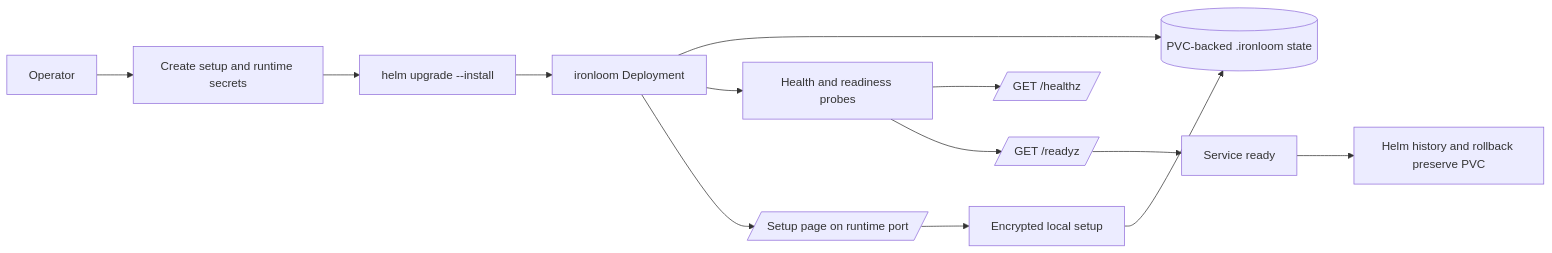
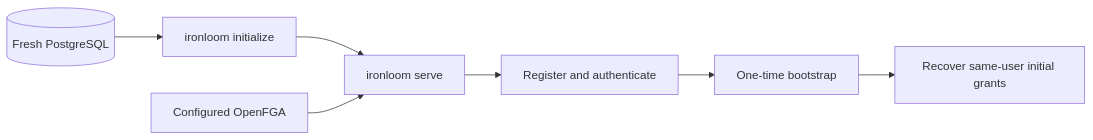
One commit to VannaDii/ironloom changed the diagram in site/guide-docs/guides/deployment.md. Above: the diagram before and after it, drawn with Mermaid. The commit also changed other lines of this file and 13 other files, not shown here.

Commit message:
fix: serialize bootstrap grants and wire service connections

````diff
--- a/site/guide-docs/guides/deployment.md
+++ b/site/guide-docs/guides/deployment.md
@@ -9,15 +7,9 @@
 ```mermaid
 flowchart LR
-  operator[Operator] --> secret[Create setup and runtime secrets]
-  secret --> helm[helm upgrade --install]
-  helm --> deployment[ironloom Deployment]
-  deployment --> pvc[(PVC-backed .ironloom state)]
-  deployment --> probes[Health and readiness probes]
-  probes --> health[/GET /healthz/]
-  probes --> ready[/GET /readyz/]
-  deployment --> setup[/Setup page on runtime port/]
-  setup --> encrypted[Encrypted local setup]
-  encrypted --> pvc
-  ready --> service[Service ready]
-  service --> rollback[Helm history and rollback preserve PVC]
+  DB[(Fresh PostgreSQL)] --> Init[ironloom initialize]
+  Init --> Service[ironloom serve]
+  FGA[Configured OpenFGA] --> Service
+  Service --> Account[Register and authenticate]
+  Account --> Bootstrap[One-time bootstrap]
+  Bootstrap --> Ready[Recover same-user initial grants]
 ```
````
